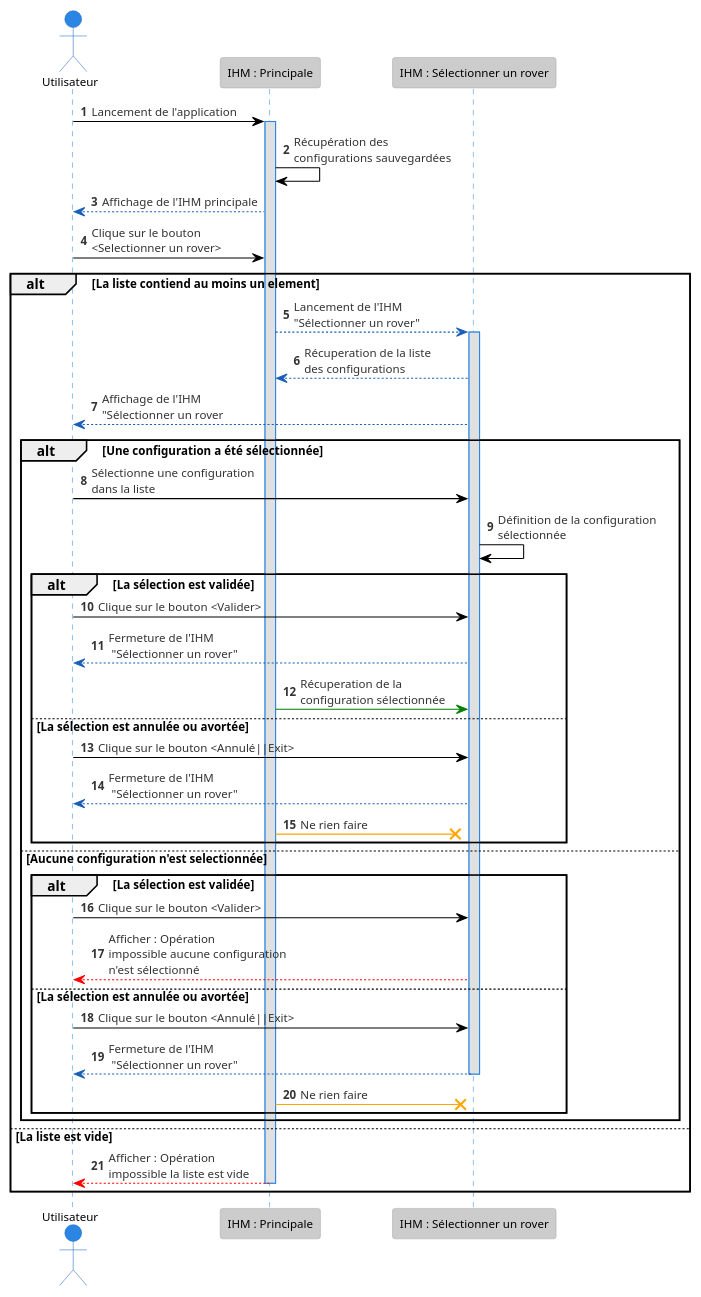
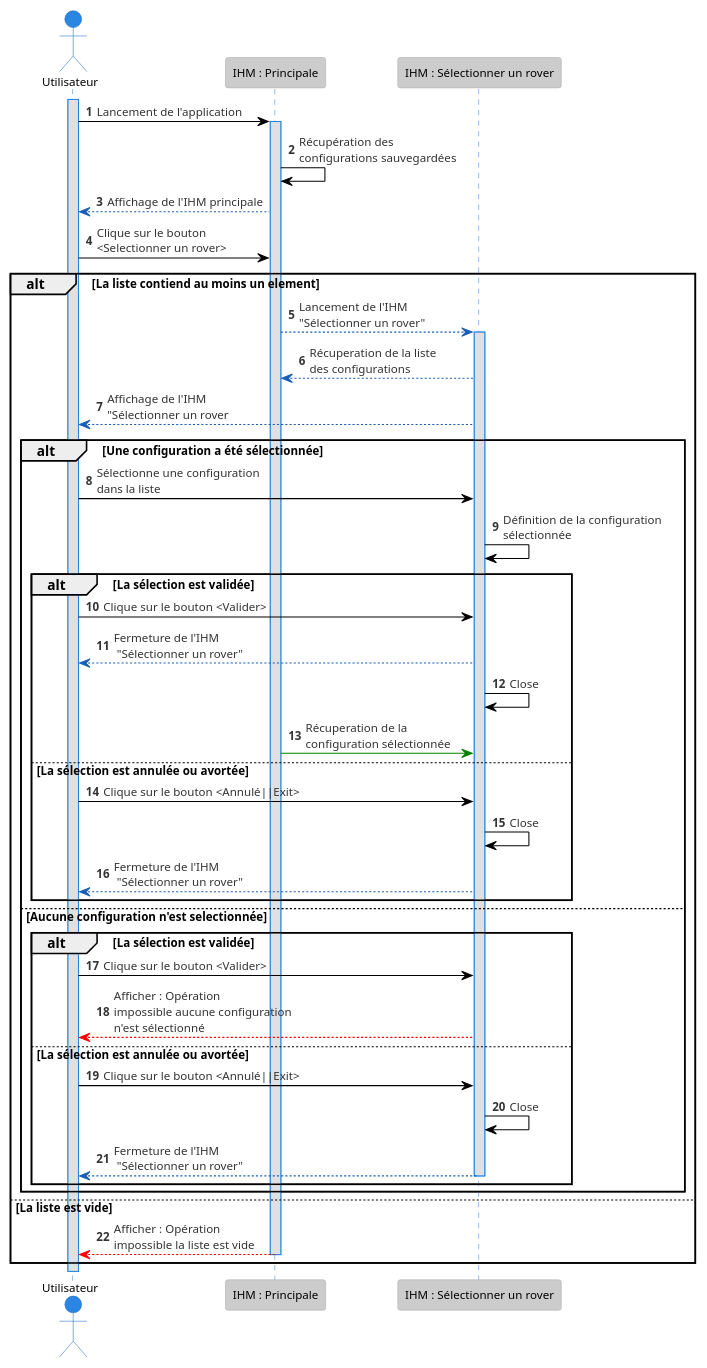
The diagram in Diagrammes/séquences/dds_selectionner_rover.plantuml (GuillaumeMCK/WifiBot-Manager), drawn with PlantUML before and after one commit. The commit also changed 6 other files, not shown here.

Commit message:
update diagrammes

```diff
--- a/Diagrammes/séquences/dds_selectionner_rover.plantuml
+++ b/Diagrammes/séquences/dds_selectionner_rover.plantuml
@@ -1,49 +1,50 @@
 @startuml
 !theme reddress-lightblue
 
 actor Utilisateur as Utilisateur
 participant IHM_Principale as "IHM : Principale"
 participant IHM_SelectConfig as "IHM : Sélectionner un rover"
 
 autonumber 1
+Utilisateur ++
 Utilisateur -> IHM_Principale ++ : Lancement de l'application
 IHM_Principale -> IHM_Principale : Récupération des \nconfigurations sauvegardées
 IHM_Principale [#1A5FB6]--> Utilisateur : Affichage de l'IHM principale
 Utilisateur -> IHM_Principale : Clique sur le bouton \n<Selectionner un rover>
 
 alt La liste contiend au moins un element
    IHM_Principale [#1A5FB6]-->  IHM_SelectConfig ++ : Lancement de l'IHM\n"Sélectionner un rover" 
    IHM_Principale <--[#1A5FB6] IHM_SelectConfig : Récuperation de la liste \ndes configurations
    IHM_SelectConfig [#1A5FB6]--> Utilisateur : Affichage de l'IHM \n"Sélectionner un rover
 
    alt Une configuration a été sélectionnée
       Utilisateur -> IHM_SelectConfig : Sélectionne une configuration \ndans la liste
       IHM_SelectConfig -> IHM_SelectConfig : Définition de la configuration\nsélectionnée
       alt La sélection est validée
          Utilisateur ->IHM_SelectConfig : Clique sur le bouton <Valider>
          IHM_SelectConfig [#1A5FB6]--> Utilisateur  : Fermeture de l'IHM\n "Sélectionner un rover"
+         IHM_SelectConfig -> IHM_SelectConfig : Close
          IHM_Principale [#green]-> IHM_SelectConfig : Récuperation de la \nconfiguration sélectionnée
       
       else La sélection est annulée ou avortée
          Utilisateur ->IHM_SelectConfig : Clique sur le bouton <Annulé||Exit>
+         IHM_SelectConfig -> IHM_SelectConfig : Close
          IHM_SelectConfig [#1A5FB6]--> Utilisateur : Fermeture de l'IHM\n "Sélectionner un rover"
-         IHM_Principale [#orange]-x IHM_SelectConfig : Ne rien faire
       end
    else Aucune configuration n'est selectionnée
 
       alt La sélection est validée
          Utilisateur ->IHM_SelectConfig : Clique sur le bouton <Valider>
          IHM_SelectConfig [#red]-->Utilisateur : Afficher : Opération\nimpossible aucune configuration \nn'est sélectionné
 
       else La sélection est annulée ou avortée
          Utilisateur ->IHM_SelectConfig : Clique sur le bouton <Annulé||Exit>
+         IHM_SelectConfig -> IHM_SelectConfig : Close
          IHM_SelectConfig [#1A5FB6]--> Utilisateur -- : Fermeture de l'IHM\n "Sélectionner un rover"
-         IHM_Principale [#orange]-x IHM_SelectConfig : Ne rien faire
       end
       
    end
 else La liste est vide
       IHM_Principale [#red]-->Utilisateur --: Afficher : Opération\nimpossible la liste est vide
 end
-
 @enduml
```
